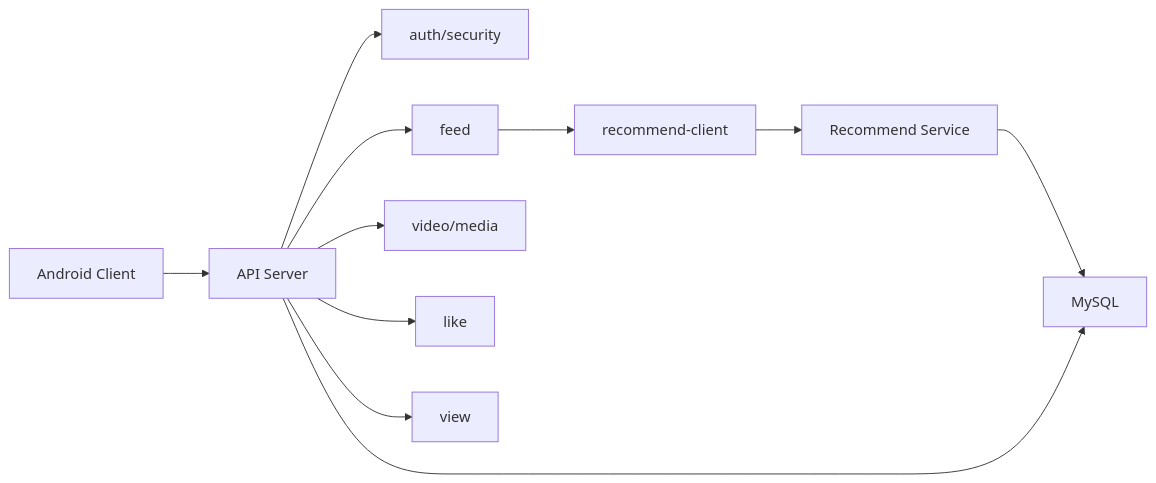
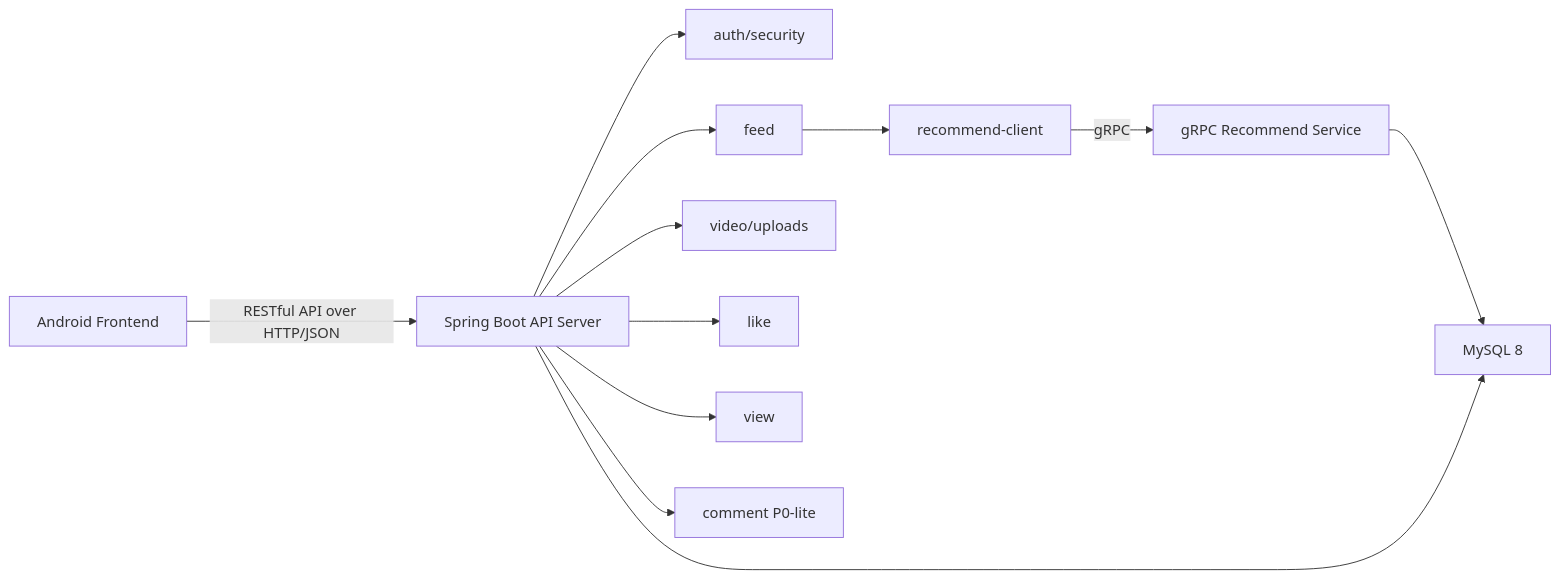
Before and after one commit to lyiln/simple-douyin: the diagram in docs/backend-module-plan.md, drawn with Mermaid. The commit also changed other lines of this file and 8 other files, not shown here.

````diff
--- a/docs/backend-module-plan.md
+++ b/docs/backend-module-plan.md
@@ -41,13 +57,14 @@
 ```mermaid
 flowchart LR
-    Client["Android Client"] --> API["API Server"]
+    Client["Android Frontend"] -->|"RESTful API over HTTP/JSON"| API["Spring Boot API Server"]
     API --> Auth["auth/security"]
     API --> Feed["feed"]
-    API --> Video["video/media"]
+    API --> Video["video/uploads"]
     API --> Like["like"]
     API --> View["view"]
+    API --> Comment["comment P0-lite"]
     Feed --> RecClient["recommend-client"]
-    RecClient --> RecSvc["Recommend Service"]
-    RecSvc --> DB["MySQL"]
+    RecClient -->|"gRPC"| RecSvc["gRPC Recommend Service"]
+    RecSvc --> DB["MySQL 8"]
     API --> DB
 ```
````
